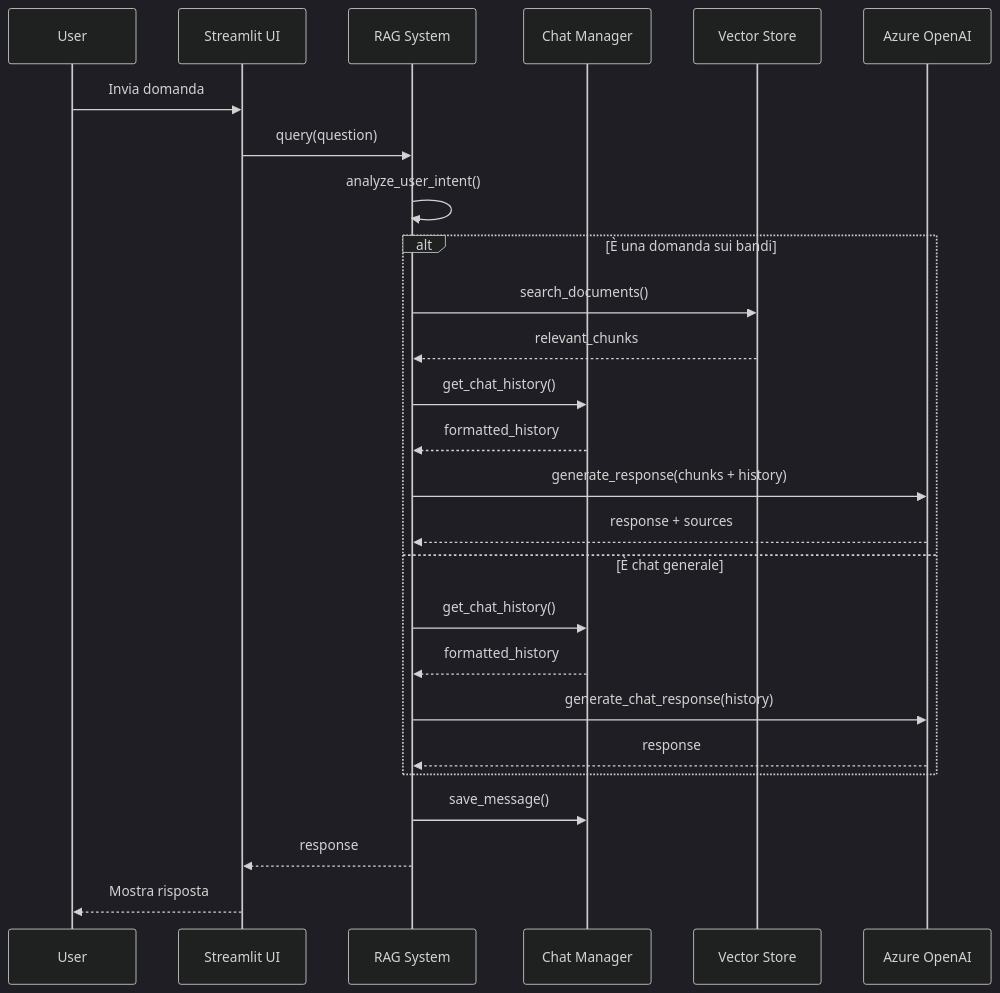
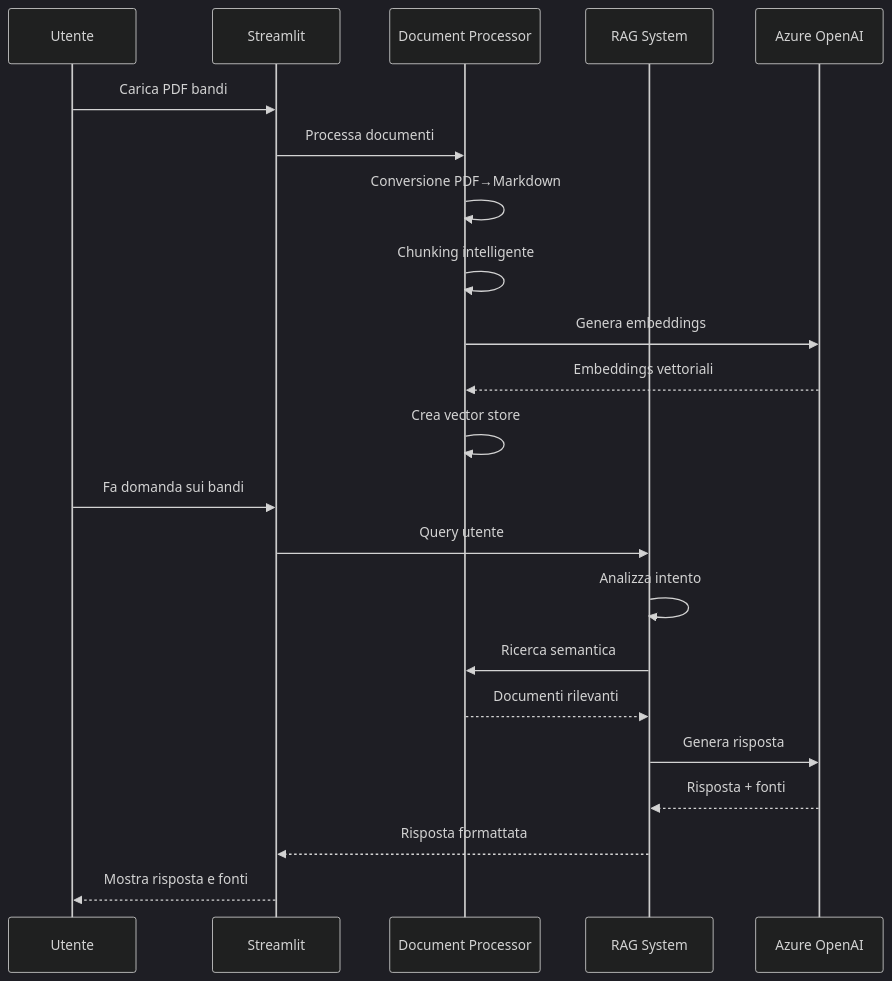
One commit to chrisputzu/project-work-gruppo2 changed the second of 2 diagrams in README.md. Above: the diagram before and after it, drawn with Mermaid (dark theme). The commit also changed other lines of this file and 393 other files, not shown here.

````diff
--- a/README.md
+++ b/README.md
@@ -80,31 +133,26 @@
 ```mermaid
 sequenceDiagram
-    participant U as User
-    participant UI as Streamlit UI
-    participant R as RAG System
-    participant CM as Chat Manager
-    participant VS as Vector Store
-    participant LLM as Azure OpenAI
+    participant U as Utente
+    participant UI as Streamlit
+    participant DP as Document Processor
+    participant RAG as RAG System
+    participant AOAI as Azure OpenAI
 
-    U->>UI: Invia domanda
-    UI->>R: query(question)
-    R->>R: analyze_user_intent()
+    U->>UI: Carica PDF bandi
+    UI->>DP: Processa documenti
+    DP->>DP: Conversione PDF→Markdown
+    DP->>DP: Chunking intelligente
+    DP->>AOAI: Genera embeddings
+    AOAI-->>DP: Embeddings vettoriali
+    DP->>DP: Crea vector store
     
-    alt È una domanda sui bandi
-        R->>VS: search_documents()
-        VS-->>R: relevant_chunks
-        R->>CM: get_chat_history()
-        CM-->>R: formatted_history
-        R->>LLM: generate_response(chunks + history)
-        LLM-->>R: response + sources
-    else È chat generale
-        R->>CM: get_chat_history()
-        CM-->>R: formatted_history
-        R->>LLM: generate_chat_response(history)
-        LLM-->>R: response
-    end
-    
-    R->>CM: save_message()
-    R-->>UI: response
-    UI-->>U: Mostra risposta
+    U->>UI: Fa domanda sui bandi
+    UI->>RAG: Query utente
+    RAG->>RAG: Analizza intento
+    RAG->>DP: Ricerca semantica
+    DP-->>RAG: Documenti rilevanti
+    RAG->>AOAI: Genera risposta
+    AOAI-->>RAG: Risposta + fonti
+    RAG-->>UI: Risposta formattata
+    UI-->>U: Mostra risposta e fonti
 ```
````
